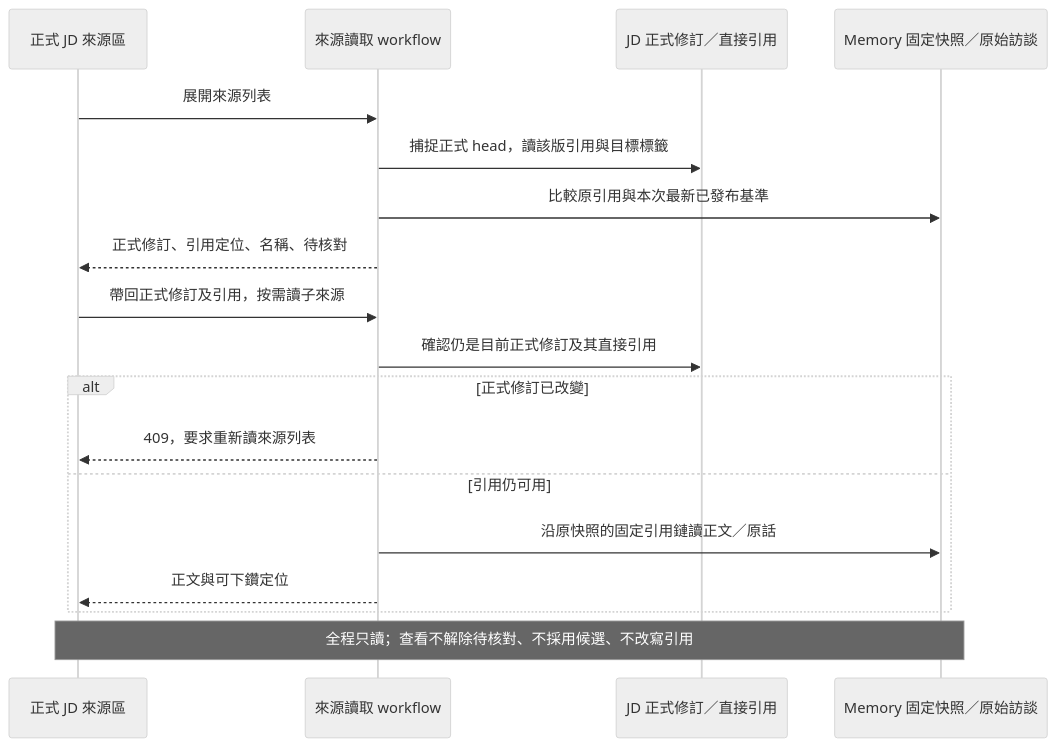
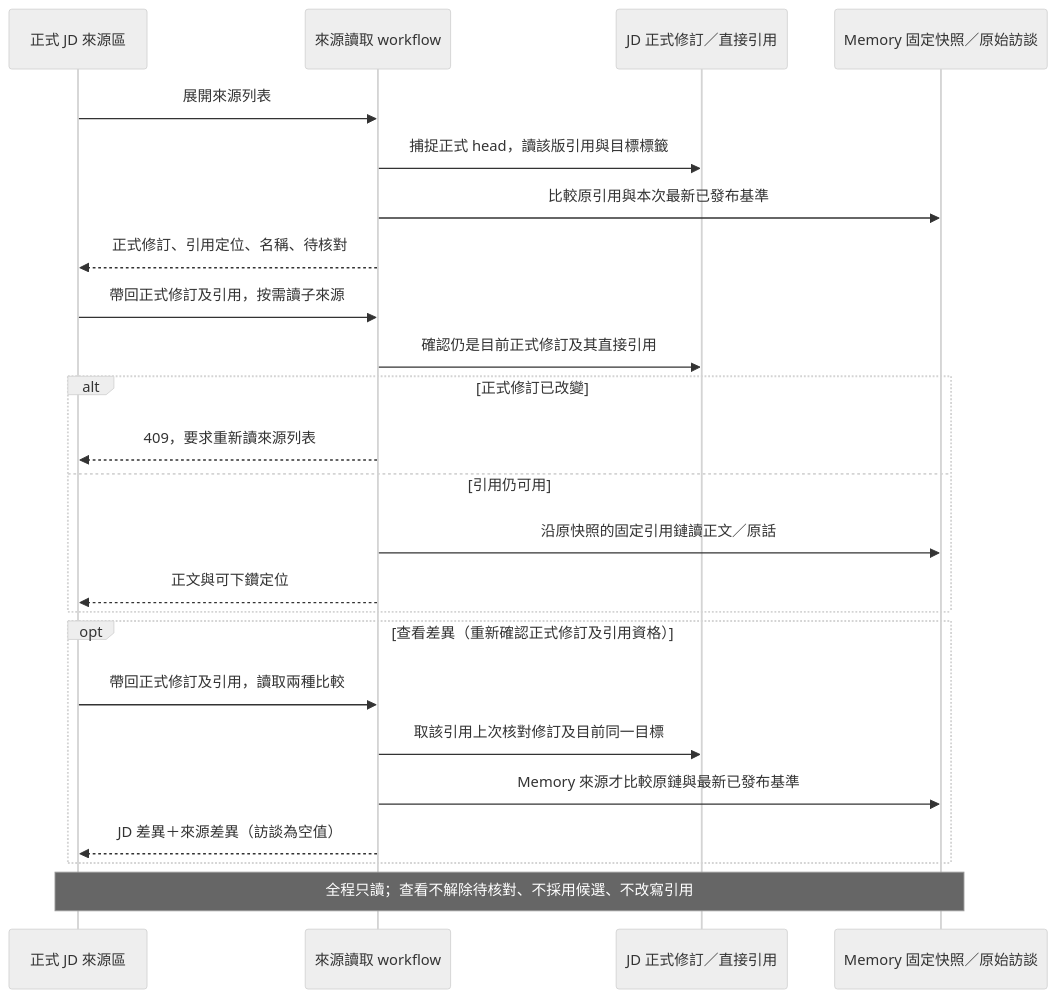
The third of 3 diagrams in docs/implementation/interface-and-delivery.md (JD-Consultant/Caliburn), drawn with Mermaid (neutral theme) before and after one commit. The commit also changed other lines of this file and 25 other files, not shown here.

````diff
--- a/docs/implementation/interface-and-delivery.md
+++ b/docs/implementation/interface-and-delivery.md
@@ -167,20 +176,26 @@
 ```mermaid
 sequenceDiagram
   participant UI as 正式 JD 來源區
   participant Query as 來源讀取 workflow
   participant JD as JD 正式修訂／直接引用
   participant Memory as Memory 固定快照／原始訪談
   UI->>Query: 展開來源列表
   Query->>JD: 捕捉正式 head，讀該版引用與目標標籤
   Query->>Memory: 比較原引用與本次最新已發布基準
   Query-->>UI: 正式修訂、引用定位、名稱、待核對
   UI->>Query: 帶回正式修訂及引用，按需讀子來源
   Query->>JD: 確認仍是目前正式修訂及其直接引用
   alt 正式修訂已改變
     Query-->>UI: 409，要求重新讀來源列表
   else 引用仍可用
     Query->>Memory: 沿原快照的固定引用鏈讀正文／原話
     Query-->>UI: 正文與可下鑽定位
   end
+  opt 查看差異（重新確認正式修訂及引用資格）
+    UI->>Query: 帶回正式修訂及引用，讀取兩種比較
+    Query->>JD: 取該引用上次核對修訂及目前同一目標
+    Query->>Memory: Memory 來源才比較原鏈與最新已發布基準
+    Query-->>UI: JD 差異＋來源差異（訪談為空值）
+  end
   Note over UI,Memory: 全程只讀；查看不解除待核對、不採用候選、不改寫引用
 ```
````
